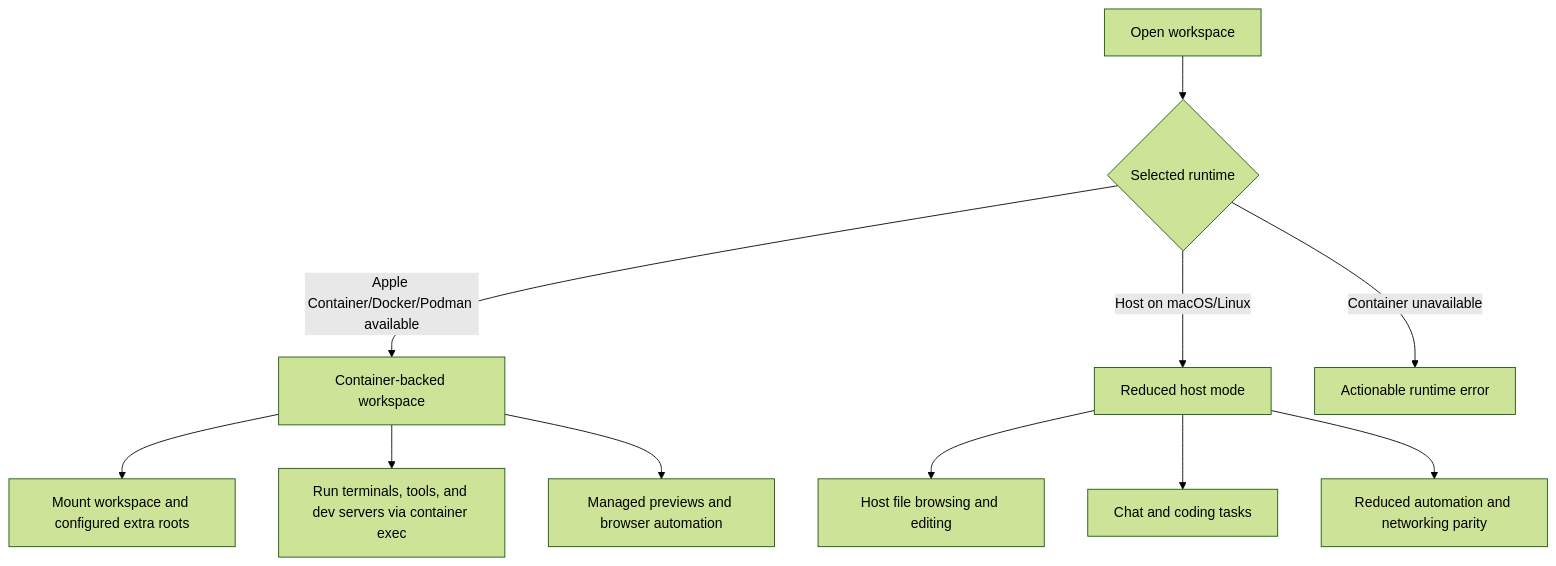
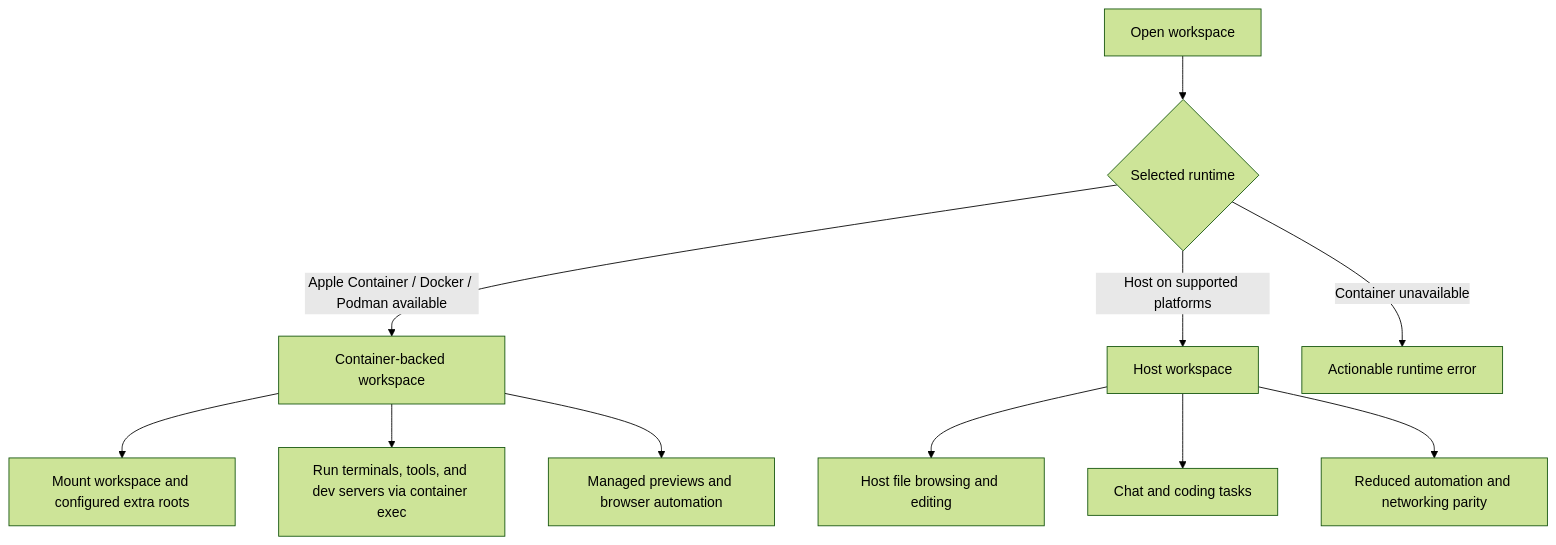
One commit to sero-labs/sero changed the second of 2 diagrams in apps/docs-site/docs/reference/architecture.md. Above: the diagram before and after it, drawn with Mermaid (forest theme). The commit also changed other lines of this file and 36 other files, not shown here.

````diff
--- a/apps/docs-site/docs/reference/architecture.md
+++ b/apps/docs-site/docs/reference/architecture.md
@@ -91,15 +91,15 @@
 ```mermaid
 flowchart TD
   Open[Open workspace] --> Pick{Selected runtime}
-  Pick -->|Apple Container/Docker/Podman available| Container[Container-backed workspace]
-  Pick -->|Host on macOS/Linux| Host[Reduced host mode]
+  Pick -->|Apple Container / Docker / Podman available| Container[Container-backed workspace]
+  Pick -->|Host on supported platforms| Host[Host workspace]
   Pick -->|Container unavailable| Error[Actionable runtime error]
 
   Container --> Mounts[Mount workspace and configured extra roots]
   Container --> Exec["Run terminals, tools, and dev servers via container exec"]
   Container --> Preview[Managed previews and browser automation]
 
   Host --> HostFiles[Host file browsing and editing]
   Host --> HostChat[Chat and coding tasks]
   Host --> Limits[Reduced automation and networking parity]
 ```
````
